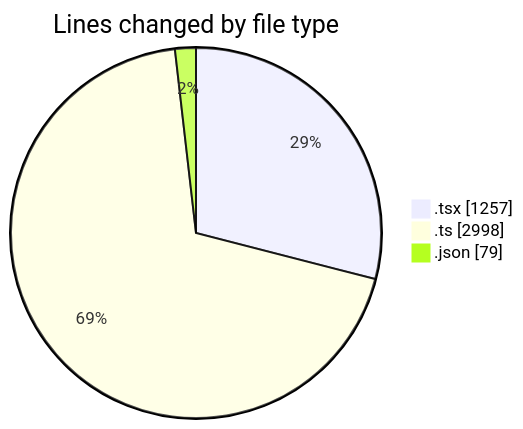
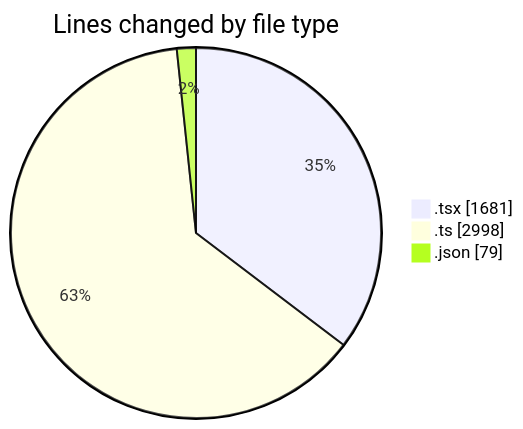
One commit to nxtqubesakshisongat/code-tracking changed the first of 2 diagrams in 2026-05-03/nxtqube_webapp/README.md. Above: the diagram before and after it, drawn with Mermaid. The commit also changed other lines of this file and 1 other file, not shown here.

````diff
--- a/2026-05-03/nxtqube_webapp/README.md
+++ b/2026-05-03/nxtqube_webapp/README.md
@@ -23,7 +24,7 @@
 ```mermaid
 pie showData
 title Lines changed by file type
-".tsx" : 1257
+".tsx" : 1681
 ".ts" : 2998
 ".json" : 79
 ```
````
